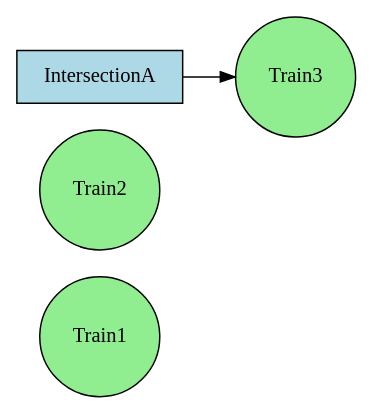
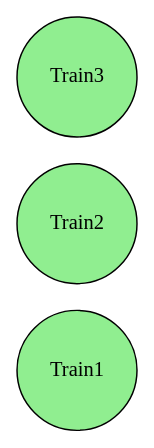
One commit to Epsilon157/Group-D changed the diagram in rag.dot. Above: the diagram before and after it, drawn with Graphviz. The commit also changed 2 other files, not shown here.

```diff
--- a/rag.dot
+++ b/rag.dot
@@ -1,8 +1,7 @@
 digraph RAG {
   rankdir=LR;
   node [shape=rectangle, style=filled, fillcolor=lightblue];
   "Train1" [shape=circle, fillcolor=lightgreen];
   "Train2" [shape=circle, fillcolor=lightgreen];
   "Train3" [shape=circle, fillcolor=lightgreen];
-  "IntersectionA" -> "Train3";
 }
```
